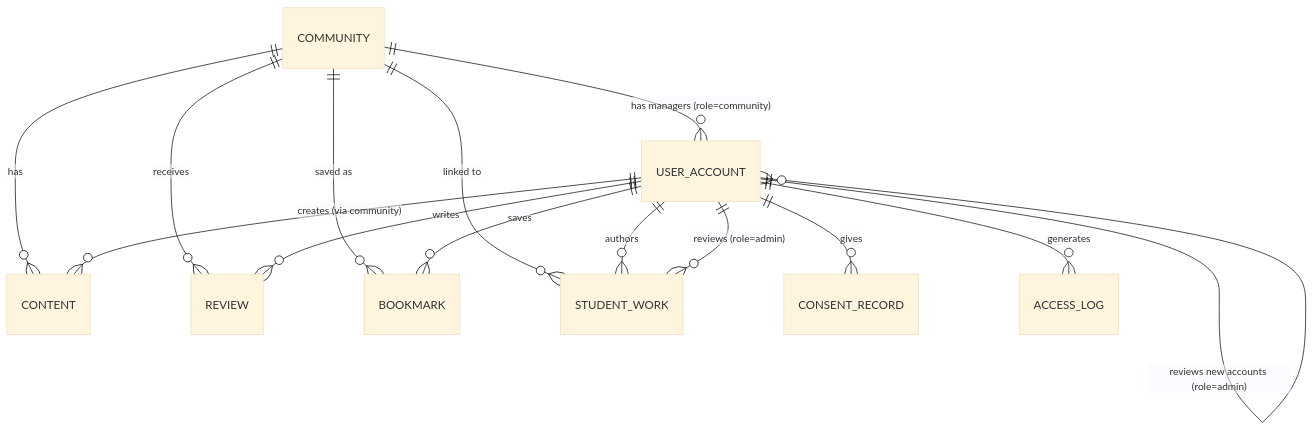
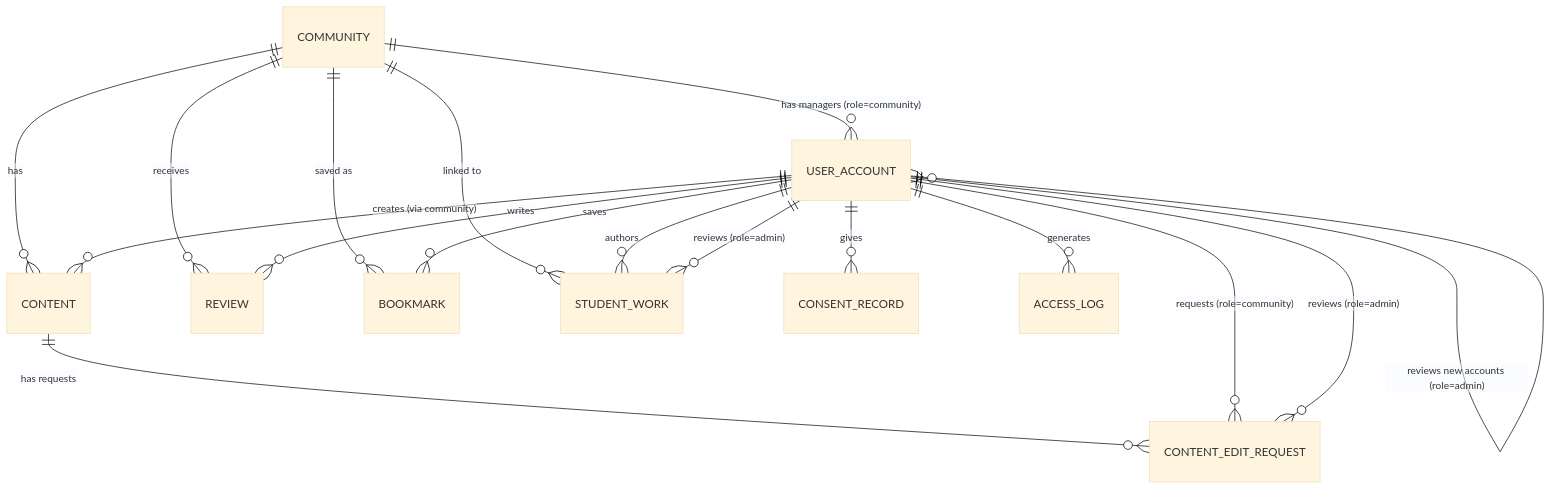
One commit to b5810202241-cpu/Local-Story-Hub changed the seventh of 7 diagrams in docs/02-design/02-technical/architecture.md. Above: the diagram before and after it, drawn with Mermaid (base theme). The commit also changed other lines of this file and 42 other files, not shown here.

First line of the commit message:
Close all remaining open questions and add community/tourist account flows

````diff
--- a/docs/02-design/02-technical/architecture.md
+++ b/docs/02-design/02-technical/architecture.md
@@ -92,16 +124,19 @@
 ```mermaid
 erDiagram
   COMMUNITY ||--o{ USER_ACCOUNT : "has managers (role=community)"
   COMMUNITY ||--o{ CONTENT : has
   COMMUNITY ||--o{ REVIEW : receives
   COMMUNITY ||--o{ BOOKMARK : "saved as"
   COMMUNITY ||--o{ STUDENT_WORK : "linked to"
   USER_ACCOUNT ||--o{ CONTENT : "creates (via community)"
   USER_ACCOUNT ||--o{ REVIEW : writes
   USER_ACCOUNT ||--o{ BOOKMARK : saves
   USER_ACCOUNT ||--o{ STUDENT_WORK : authors
   USER_ACCOUNT ||--o{ CONSENT_RECORD : gives
   USER_ACCOUNT ||--o{ ACCESS_LOG : generates
   USER_ACCOUNT ||--o{ STUDENT_WORK : "reviews (role=admin)"
   USER_ACCOUNT ||--o{ USER_ACCOUNT : "reviews new accounts (role=admin)"
+  CONTENT ||--o{ CONTENT_EDIT_REQUEST : "has requests"
+  USER_ACCOUNT ||--o{ CONTENT_EDIT_REQUEST : "requests (role=community)"
+  USER_ACCOUNT ||--o{ CONTENT_EDIT_REQUEST : "reviews (role=admin)"
 ```
````
